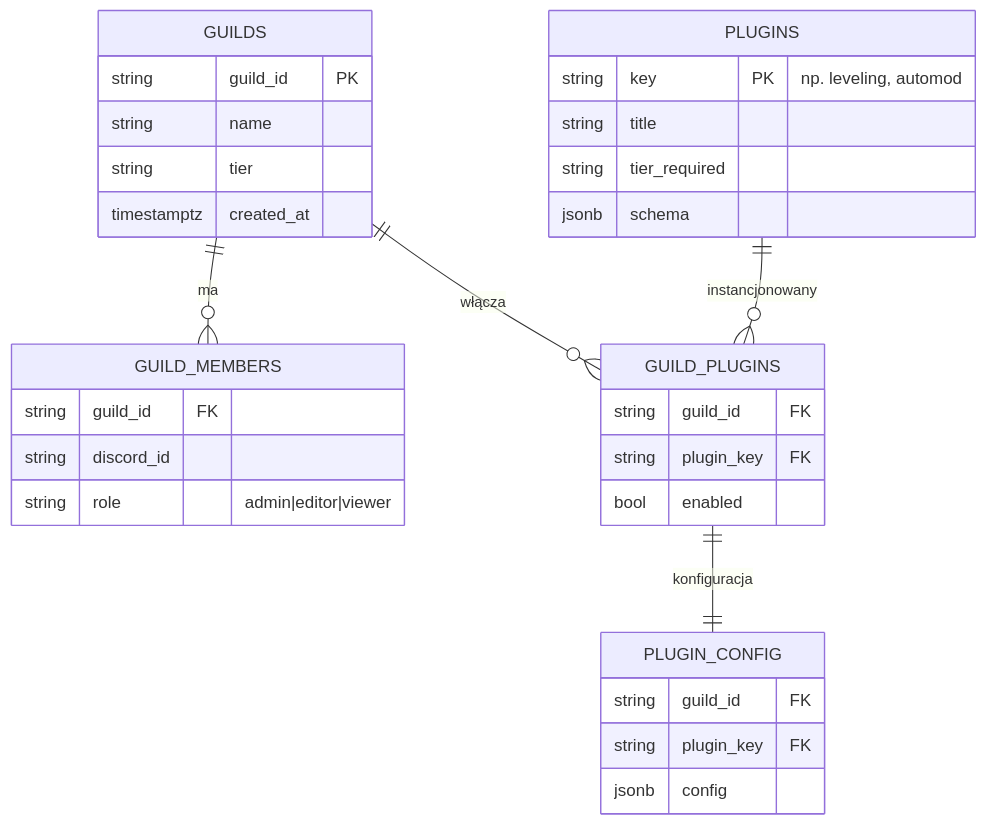
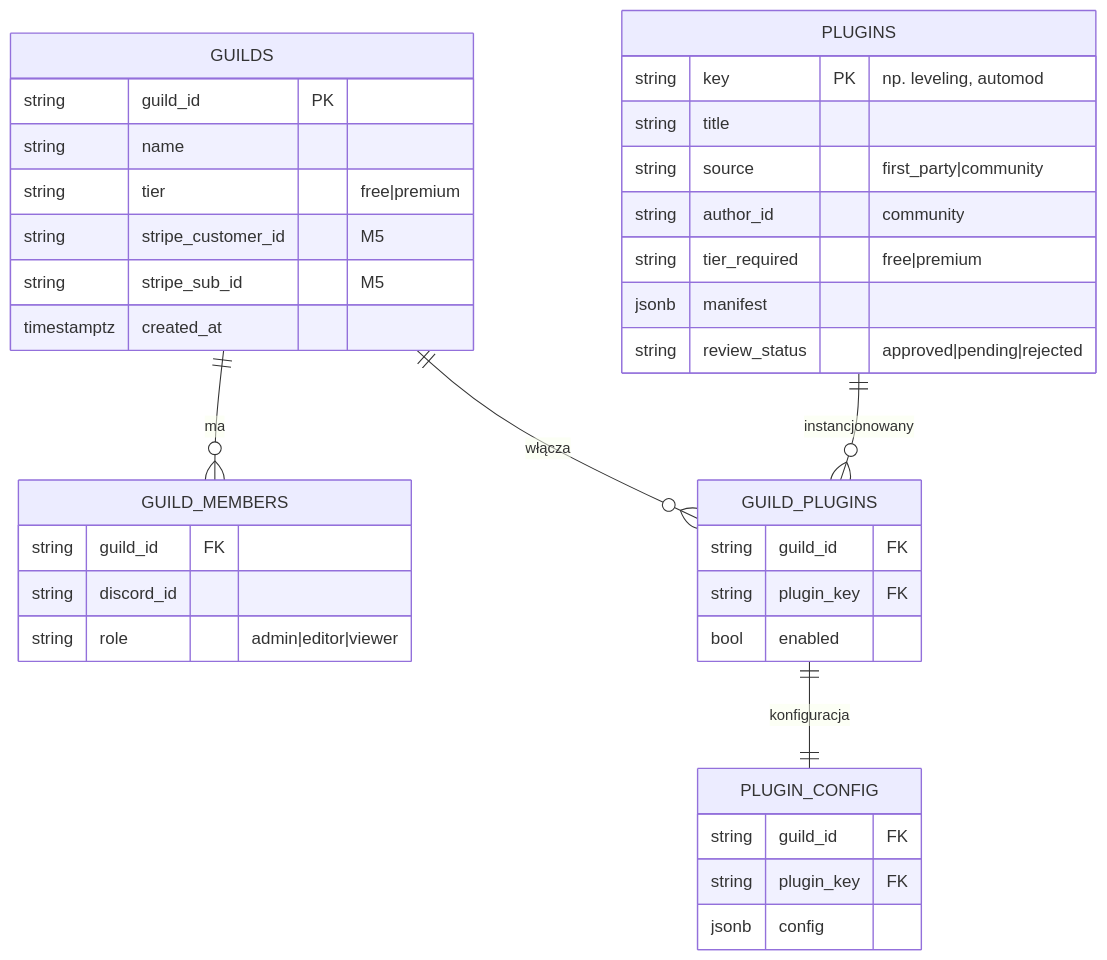
The diagram in docs/PLAN-MARKETPLACE.md (Gh0s777tt/E-Bot), drawn with Mermaid before and after one commit. The commit also changed other lines of this file and 5 other files, not shown here.

First line of the commit message:
feat(marketplace): M1 start — schemat danych multi-guild + decyzje (płatne + community)

````diff
--- a/docs/PLAN-MARKETPLACE.md
+++ b/docs/PLAN-MARKETPLACE.md
@@ -36,34 +38,39 @@
 ```mermaid
 erDiagram
   GUILDS ||--o{ GUILD_MEMBERS : ma
   GUILDS ||--o{ GUILD_PLUGINS : włącza
   PLUGINS ||--o{ GUILD_PLUGINS : instancjonowany
   GUILD_PLUGINS ||--|| PLUGIN_CONFIG : konfiguracja
   GUILDS {
     string guild_id PK
     string name
-    string tier
+    string tier "free|premium"
+    string stripe_customer_id "M5"
+    string stripe_sub_id "M5"
     timestamptz created_at
   }
   GUILD_MEMBERS {
     string guild_id FK
     string discord_id
     string role "admin|editor|viewer"
   }
   PLUGINS {
     string key PK "np. leveling, automod"
     string title
-    string tier_required
-    jsonb schema
+    string source "first_party|community"
+    string author_id "community"
+    string tier_required "free|premium"
+    jsonb manifest
+    string review_status "approved|pending|rejected"
   }
   GUILD_PLUGINS {
     string guild_id FK
     string plugin_key FK
     bool enabled
   }
   PLUGIN_CONFIG {
     string guild_id FK
     string plugin_key FK
     jsonb config
   }
 ```
````
